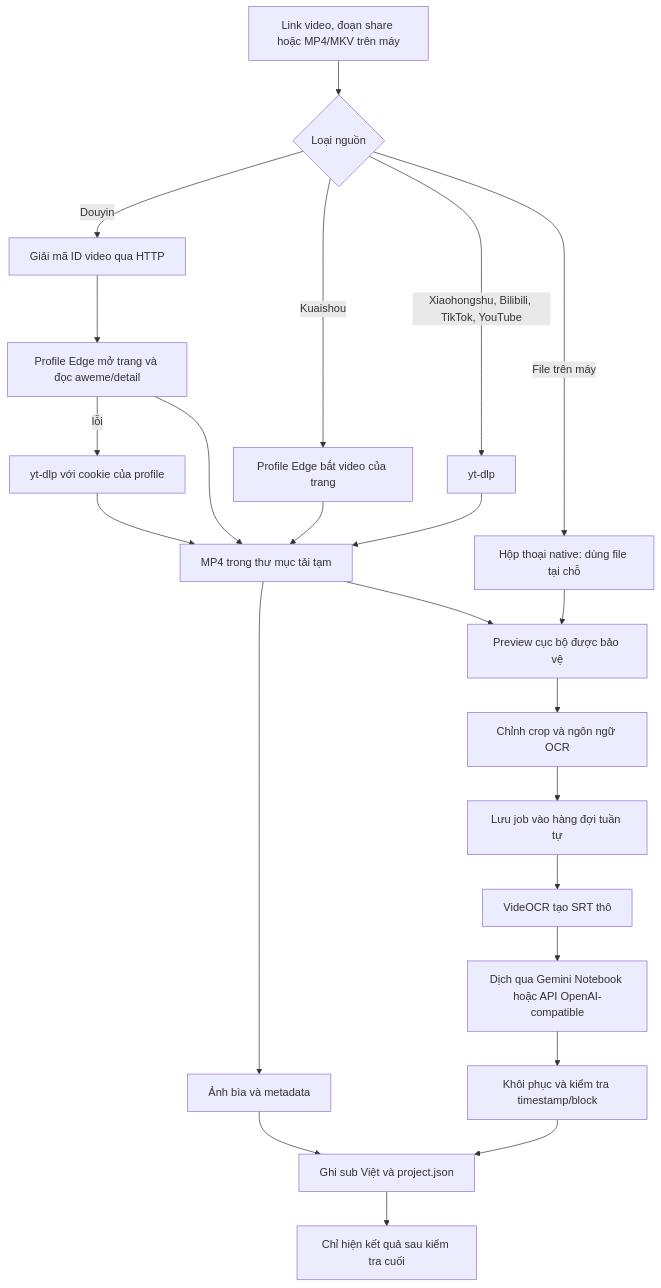
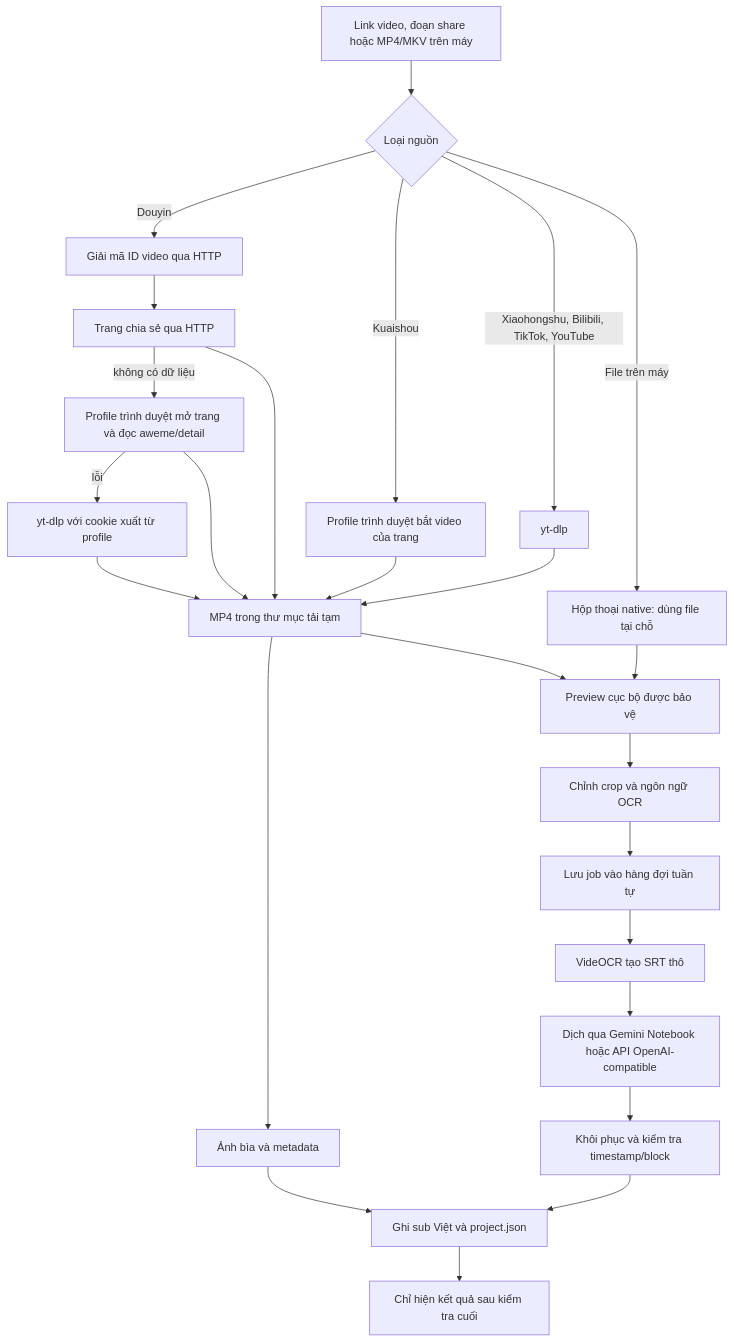
Before and after one commit to qvinh8726/VietSub-Studio: the second of 2 diagrams in README.md, drawn with Mermaid. The commit also changed other lines of this file and 30 other files, not shown here.

````diff
--- a/README.md
+++ b/README.md
@@ -991,25 +1008,27 @@
 ```mermaid
 flowchart TD
     A[Link video, đoạn share hoặc MP4/MKV trên máy] --> B{Loại nguồn}
     B -->|Douyin| C[Giải mã ID video qua HTTP]
-    C --> D[Profile Edge mở trang và đọc aweme/detail]
-    D -->|lỗi| D2[yt-dlp với cookie của profile]
-    B -->|Kuaishou| K1[Profile Edge bắt video của trang]
+    C --> S[Trang chia sẻ qua HTTP]
+    S -->|không có dữ liệu| D[Profile trình duyệt mở trang và đọc aweme/detail]
+    D -->|lỗi| D2[yt-dlp với cookie xuất từ profile]
+    B -->|Kuaishou| K1[Profile trình duyệt bắt video của trang]
     B -->|Xiaohongshu, Bilibili, TikTok, YouTube| Y[yt-dlp]
     D --> E[MP4 trong thư mục tải tạm]
+    S --> E
     D2 --> E
     K1 --> E
     Y --> E
     E --> T[Ảnh bìa và metadata]
     B -->|File trên máy| F[Hộp thoại native: dùng file tại chỗ]
     E --> G[Preview cục bộ được bảo vệ]
     F --> G
     G --> H[Chỉnh crop và ngôn ngữ OCR]
     H --> I[Lưu job vào hàng đợi tuần tự]
     I --> J[VideOCR tạo SRT thô]
     J --> K[Dịch qua Gemini Notebook hoặc API OpenAI-compatible]
     K --> L[Khôi phục và kiểm tra timestamp/block]
     L --> M[Ghi sub Việt và project.json]
     T --> M
     M --> N[Chỉ hiện kết quả sau kiểm tra cuối]
 ```
````
